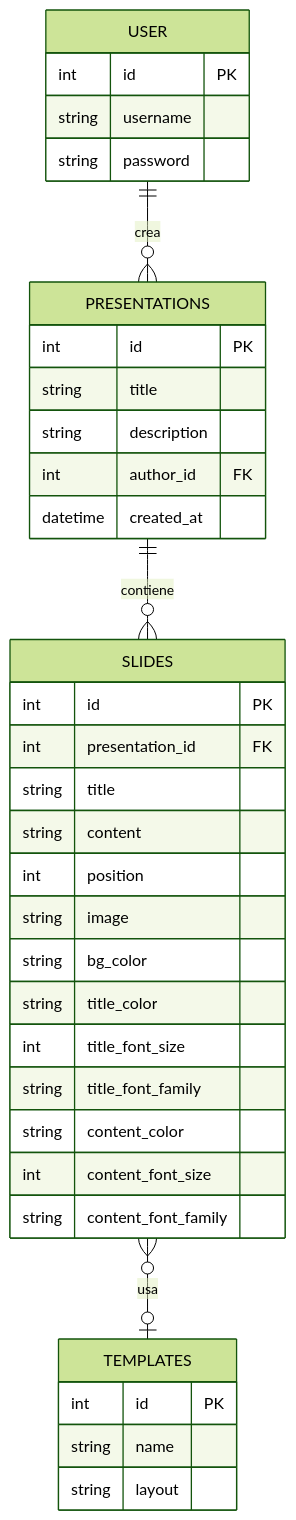
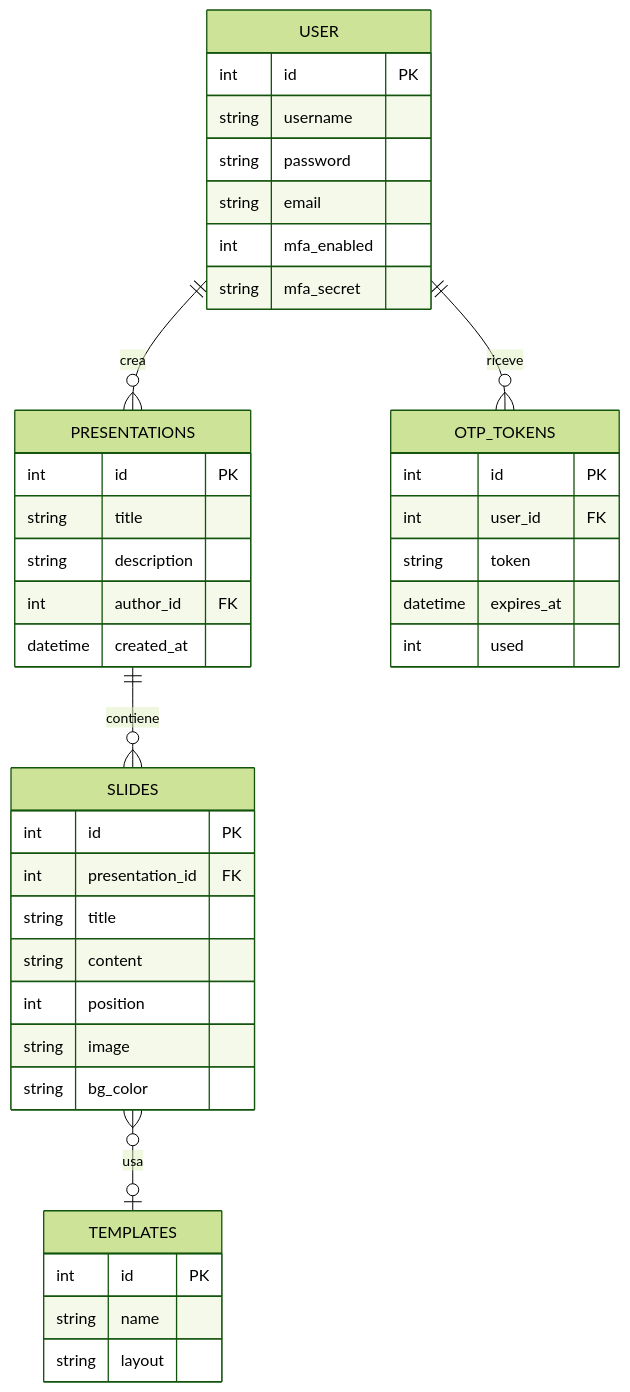
The second of 3 diagrams in Documento_Requisiti_SlidesApp.md (CristianMonticelli/Progetto_Maturita), drawn with Mermaid (forest theme) before and after one commit. The commit also changed other lines of this file and 2 other files, not shown here.

````diff
--- a/Documento_Requisiti_SlidesApp.md
+++ b/Documento_Requisiti_SlidesApp.md
@@ -121,39 +206,44 @@
 ```mermaid
 erDiagram
     USER {
         int id PK
         string username
         string password
+        string email
+        int mfa_enabled
+        string mfa_secret
     }
     PRESENTATIONS {
         int id PK
         string title
         string description
         int author_id FK
         datetime created_at
     }
     SLIDES {
         int id PK
         int presentation_id FK
         string title
         string content
         int position
         string image
         string bg_color
-        string title_color
-        int title_font_size
-        string title_font_family
-        string content_color
-        int content_font_size
-        string content_font_family
     }
     TEMPLATES {
         int id PK
         string name
         string layout
     }
+    OTP_TOKENS {
+        int id PK
+        int user_id FK
+        string token
+        datetime expires_at
+        int used
+    }
 
     USER ||--o{ PRESENTATIONS : crea
     PRESENTATIONS ||--o{ SLIDES : contiene
     SLIDES }o--o| TEMPLATES : usa
+    USER ||--o{ OTP_TOKENS : riceve
 ```
````
